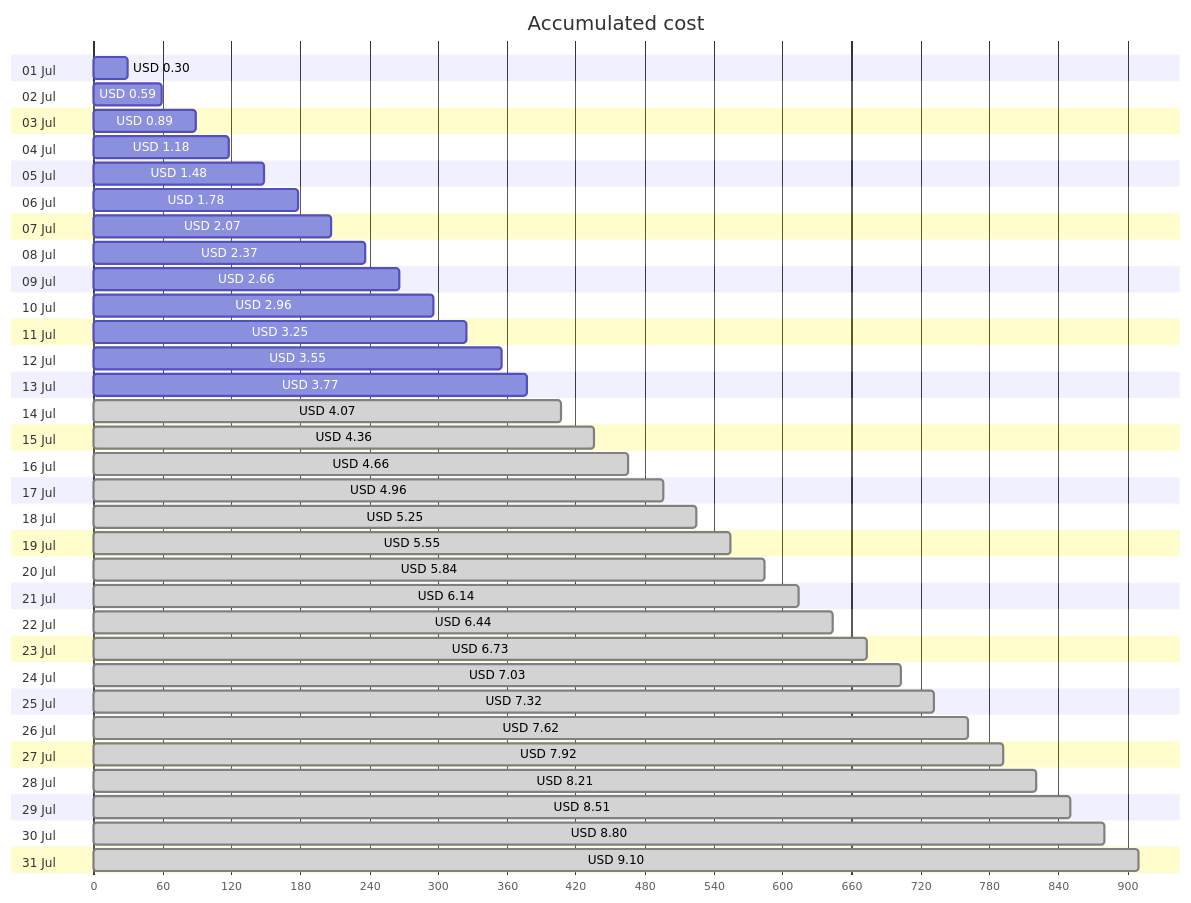
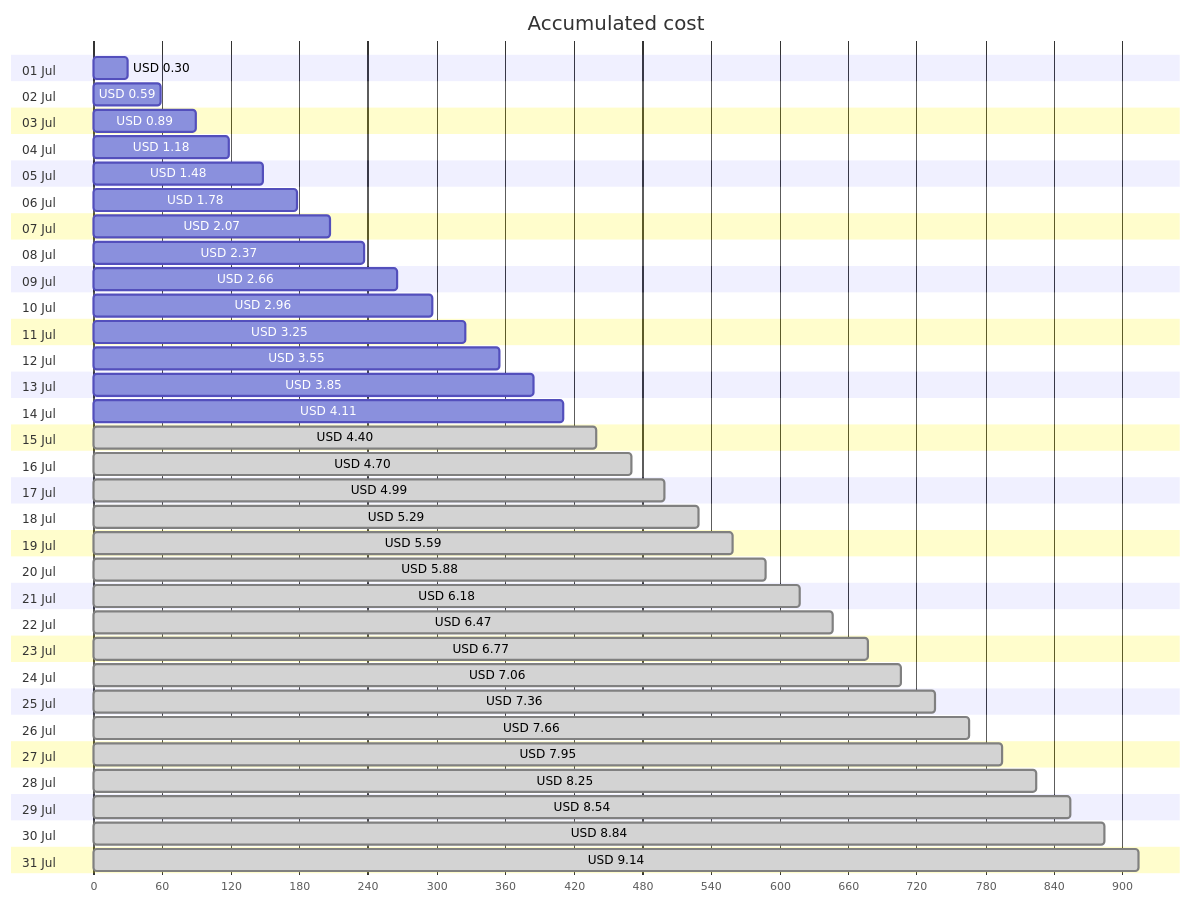
The first of 4 diagrams in cost-reports/personal-site/personal-site-preview.md (jpfulton/azure-personal-reports), drawn with Mermaid before and after one commit. The commit also changed other lines of this file and 6 other files, not shown here.

````diff
--- a/cost-reports/personal-site/personal-site-preview.md
+++ b/cost-reports/personal-site/personal-site-preview.md
@@ -20,68 +20,68 @@
 ```mermaid
 gantt
    title Accumulated cost
    dateFormat  X
    axisFormat %s
    section 01 Jul
    USD 0.30 :0, 30
    section 02 Jul
    USD 0.59 :0, 59
    section 03 Jul
    USD 0.89 :0, 89
    section 04 Jul
    USD 1.18 :0, 118
    section 05 Jul
    USD 1.48 :0, 148
    section 06 Jul
    USD 1.78 :0, 178
    section 07 Jul
    USD 2.07 :0, 207
    section 08 Jul
    USD 2.37 :0, 237
    section 09 Jul
    USD 2.66 :0, 266
    section 10 Jul
    USD 2.96 :0, 296
    section 11 Jul
    USD 3.25 :0, 325
    section 12 Jul
    USD 3.55 :0, 355
    section 13 Jul
-   USD 3.77 :0, 377
+   USD 3.85 :0, 385
    section 14 Jul
-   USD 4.07 : done, 0, 407
+   USD 4.11 :0, 411
    section 15 Jul
-   USD 4.36 : done, 0, 436
+   USD 4.40 : done, 0, 440
    section 16 Jul
-   USD 4.66 : done, 0, 466
+   USD 4.70 : done, 0, 470
    section 17 Jul
-   USD 4.96 : done, 0, 496
+   USD 4.99 : done, 0, 499
    section 18 Jul
-   USD 5.25 : done, 0, 525
+   USD 5.29 : done, 0, 529
    section 19 Jul
-   USD 5.55 : done, 0, 555
+   USD 5.59 : done, 0, 559
    section 20 Jul
-   USD 5.84 : done, 0, 584
+   USD 5.88 : done, 0, 588
    section 21 Jul
-   USD 6.14 : done, 0, 614
+   USD 6.18 : done, 0, 618
    section 22 Jul
-   USD 6.44 : done, 0, 644
+   USD 6.47 : done, 0, 647
    section 23 Jul
-   USD 6.73 : done, 0, 673
+   USD 6.77 : done, 0, 677
    section 24 Jul
-   USD 7.03 : done, 0, 703
+   USD 7.06 : done, 0, 706
    section 25 Jul
-   USD 7.32 : done, 0, 732
+   USD 7.36 : done, 0, 736
    section 26 Jul
-   USD 7.62 : done, 0, 762
+   USD 7.66 : done, 0, 766
    section 27 Jul
-   USD 7.92 : done, 0, 792
+   USD 7.95 : done, 0, 795
    section 28 Jul
-   USD 8.21 : done, 0, 821
+   USD 8.25 : done, 0, 825
    section 29 Jul
-   USD 8.51 : done, 0, 851
+   USD 8.54 : done, 0, 854
    section 30 Jul
-   USD 8.80 : done, 0, 880
+   USD 8.84 : done, 0, 884
    section 31 Jul
-   USD 9.10 : done, 0, 910
+   USD 9.14 : done, 0, 914
 ```
````
